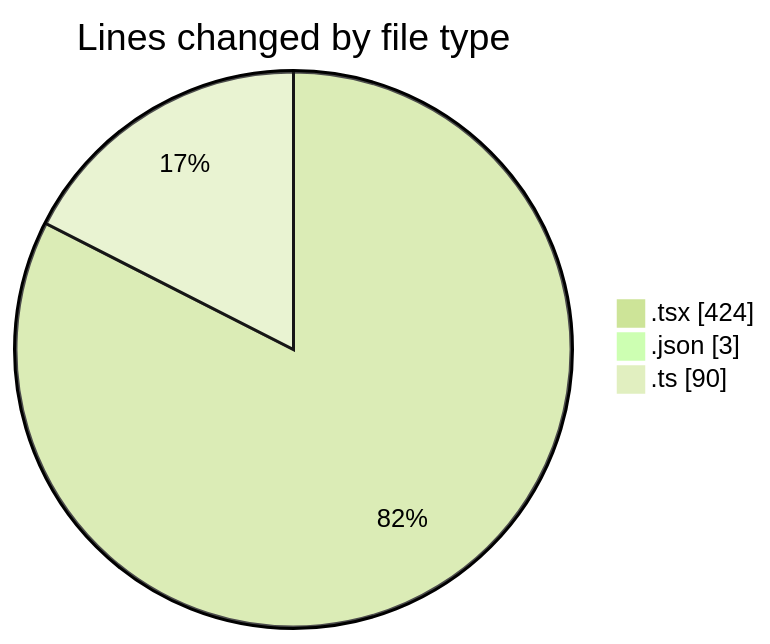
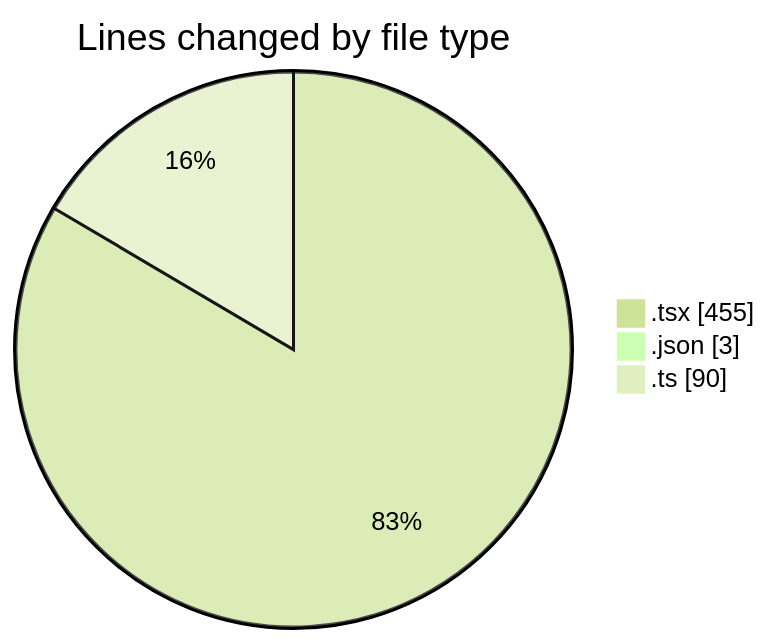
One commit to robertbonfada/code-tracking changed the first of 2 diagrams in 2025-01-21/mbc-web/README.md. Above: the diagram before and after it, drawn with Mermaid (forest theme). The commit also changed other lines of this file and 1 other file, not shown here.

````diff
--- a/2025-01-21/mbc-web/README.md
+++ b/2025-01-21/mbc-web/README.md
@@ -34,7 +35,7 @@
 ```mermaid
 pie showData
 title Lines changed by file type
-".tsx" : 424
+".tsx" : 455
 ".json" : 3
 ".ts" : 90
 ```
````
